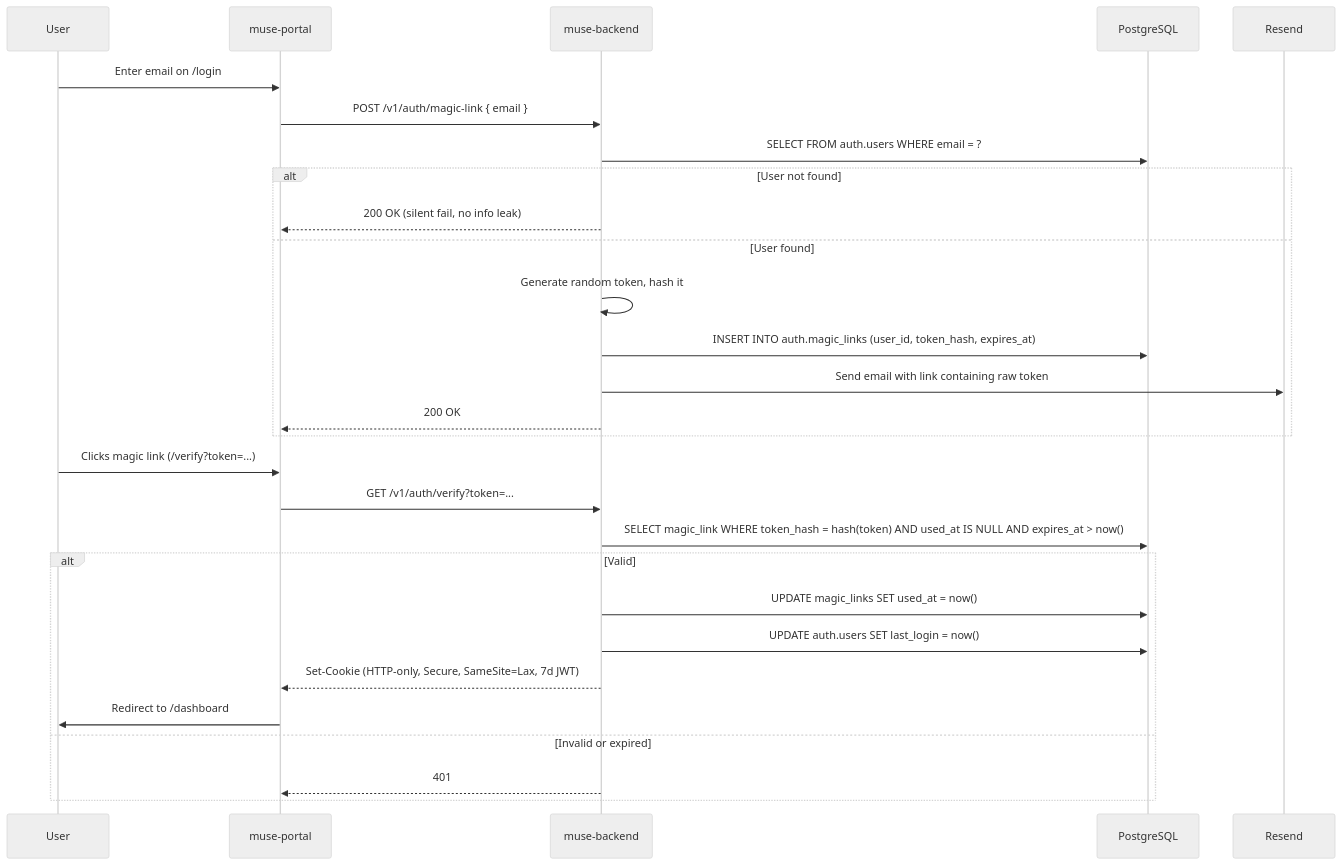
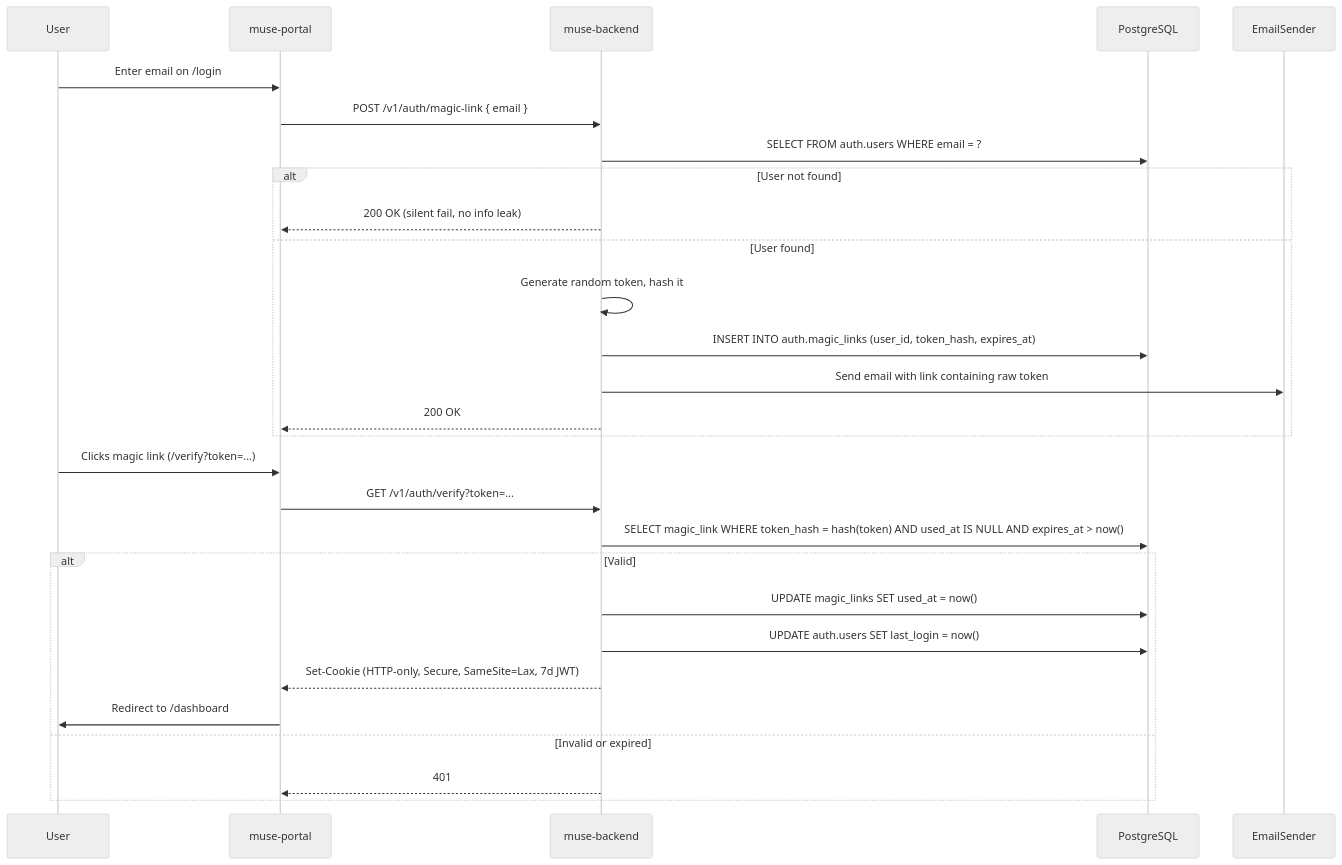
Before and after one commit to arghya-musesemi/muse-backend: the third of 3 diagrams in architecture.md, drawn with Mermaid (neutral theme). The commit also changed other lines of this file and 1 other file, not shown here.

````diff
--- a/architecture.md
+++ b/architecture.md
@@ -830,31 +830,31 @@
 ```mermaid
 sequenceDiagram
     participant User
     participant Portal as muse-portal
     participant API as muse-backend
     participant DB as PostgreSQL
-    participant Email as Resend
+    participant Email as EmailSender
 
     User->>Portal: Enter email on /login
     Portal->>API: POST /v1/auth/magic-link { email }
     API->>DB: SELECT FROM auth.users WHERE email = ?
     alt User not found
         API-->>Portal: 200 OK (silent fail, no info leak)
     else User found
         API->>API: Generate random token, hash it
         API->>DB: INSERT INTO auth.magic_links (user_id, token_hash, expires_at)
         API->>Email: Send email with link containing raw token
         API-->>Portal: 200 OK
     end
     User->>Portal: Clicks magic link (/verify?token=...)
     Portal->>API: GET /v1/auth/verify?token=...
     API->>DB: SELECT magic_link WHERE token_hash = hash(token) AND used_at IS NULL AND expires_at > now()
     alt Valid
         API->>DB: UPDATE magic_links SET used_at = now()
         API->>DB: UPDATE auth.users SET last_login = now()
         API-->>Portal: Set-Cookie (HTTP-only, Secure, SameSite=Lax, 7d JWT)
         Portal->>User: Redirect to /dashboard
     else Invalid or expired
         API-->>Portal: 401
     end
 ```
````
